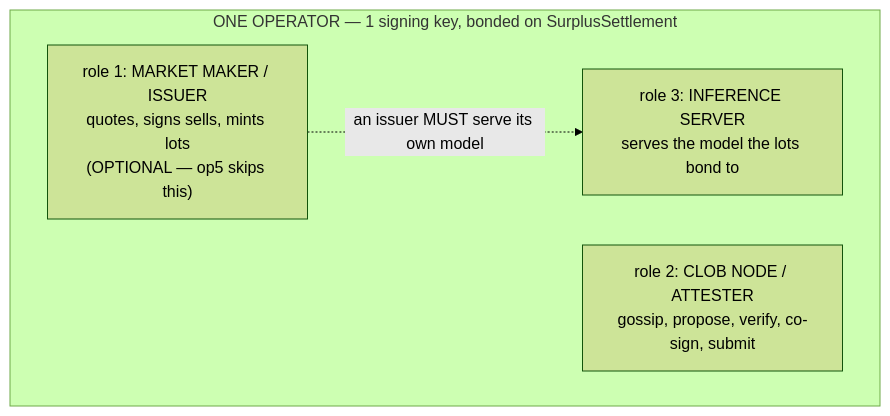
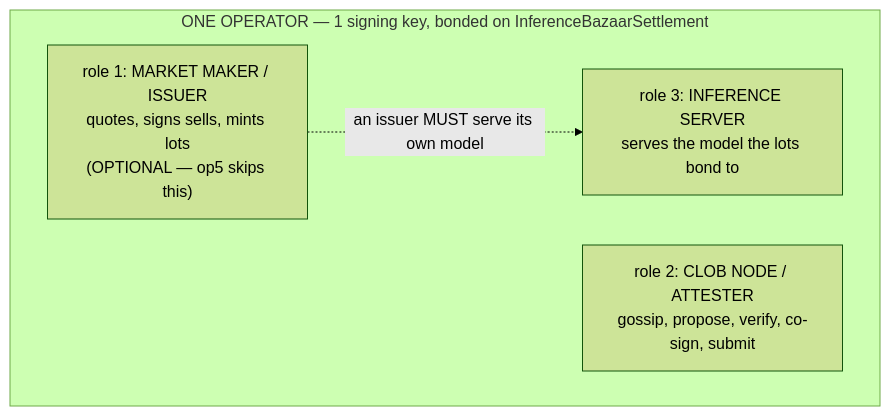
Before and after one commit to tangle-network/inference-bazaar: the first of 2 diagrams in docs/specs/architecture.md, drawn with Mermaid (forest theme). The commit also changed other lines of this file and 196 other files, not shown here.

First line of the commit message:
refactor!: rename surplus → inference-bazaar across the entire repo

````diff
--- a/docs/specs/architecture.md
+++ b/docs/specs/architecture.md
@@ -43,9 +43,9 @@
 ```mermaid
 flowchart TB
-  subgraph OP["ONE OPERATOR — 1 signing key, bonded on SurplusSettlement"]
+  subgraph OP["ONE OPERATOR — 1 signing key, bonded on InferenceBazaarSettlement"]
     MM["role 1: MARKET MAKER / ISSUER<br/>quotes, signs sells, mints lots<br/>(OPTIONAL — op5 skips this)"]
     CLOB["role 2: CLOB NODE / ATTESTER<br/>gossip, propose, verify, co-sign, submit"]
     INF["role 3: INFERENCE SERVER<br/>serves the model the lots bond to"]
   end
   MM -. "an issuer MUST serve its own model" .-> INF
 ```
````
